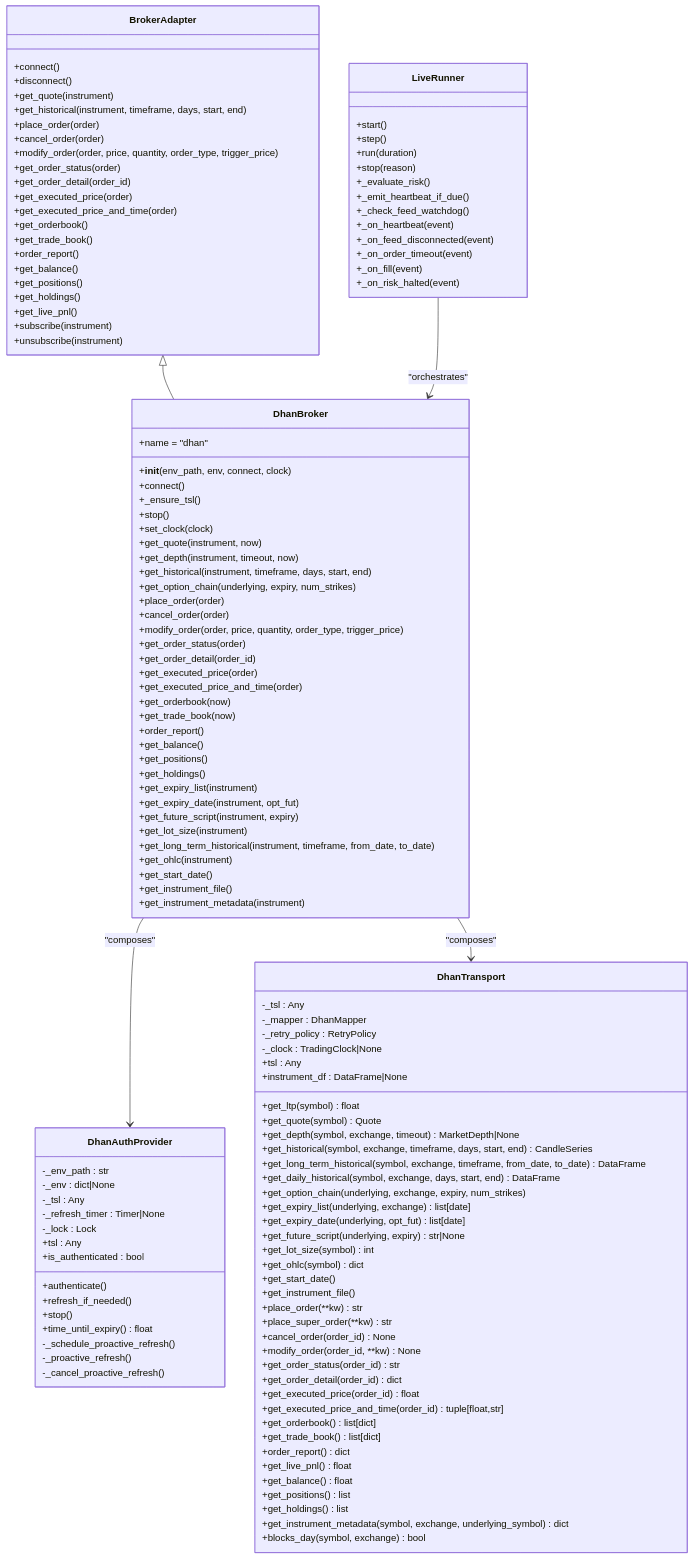
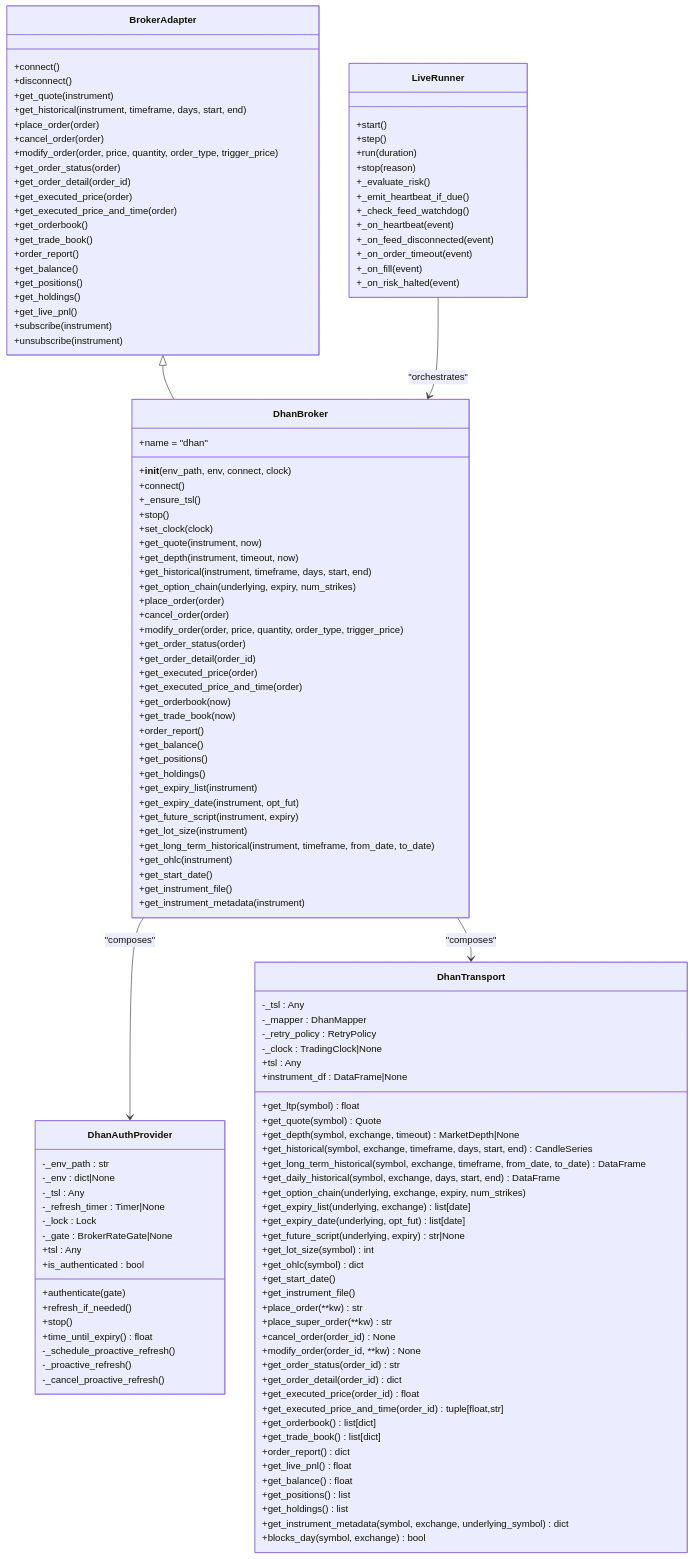
The second of 9 diagrams in .qoder/repowiki/en/content/Broker Integration/Authentication & Security.md (Ganesh-Kusundal/nTrade), drawn with Mermaid before and after one commit. The commit also changed other lines of this file and 203 other files, not shown here.

First line of the commit message:
review findings sweep: depth retry, LTP failure guard, stale-refresh fix, rate-gate blocked heuristic

```diff
--- a/.qoder/repowiki/en/content/Broker Integration/Authentication & Security.md
+++ b/.qoder/repowiki/en/content/Broker Integration/Authentication & Security.md
@@ -191,7 +195,8 @@
 -_tsl : Any
 -_refresh_timer : Timer|None
 -_lock : Lock
-+authenticate()
+-_gate : BrokerRateGate|None
++authenticate(gate)
 +refresh_if_needed()
 +stop()
 +tsl : Any
```
